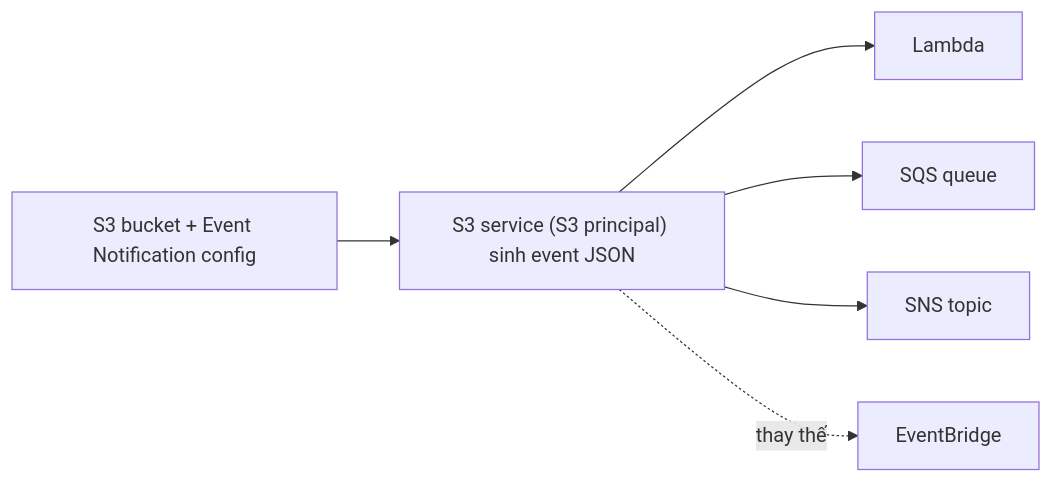
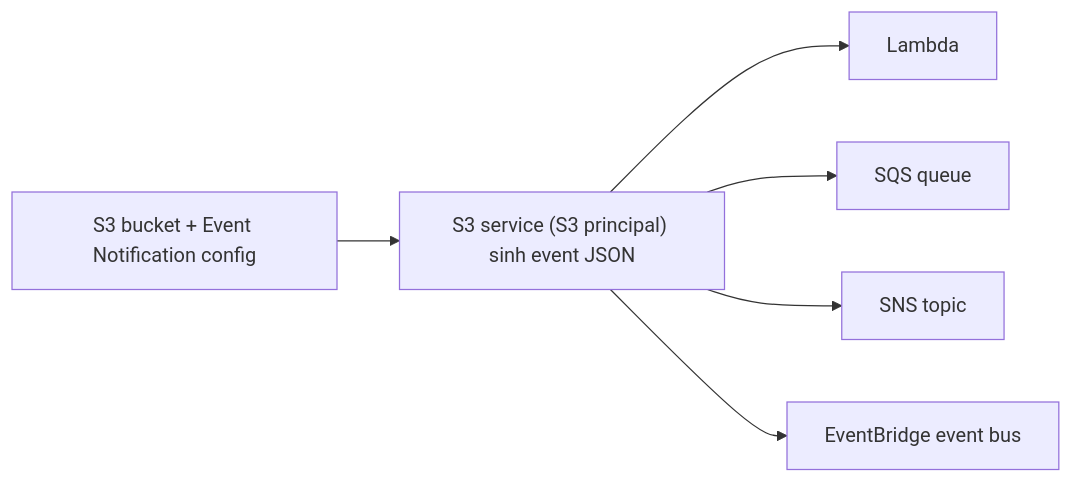
One commit to hairbui76/aws-saa-c03 changed the diagram in data/05 S3/S3 Events.md. Above: the diagram before and after it, drawn with Mermaid. The commit also changed other lines of this file and 68 other files, not shown here.

````diff
--- a/data/05 S3/S3 Events.md
+++ b/data/05 S3/S3 Events.md
@@ -28,8 +29,8 @@
 ```mermaid
 flowchart LR
   B["S3 bucket + Event Notification config"] --> E["S3 service (S3 principal) sinh event JSON"]
   E --> L["Lambda"]
   E --> Q["SQS queue"]
   E --> T["SNS topic"]
-  E -.->|"thay thế"| EB["EventBridge"]
+  E --> EB["EventBridge event bus"]
 ```
````
